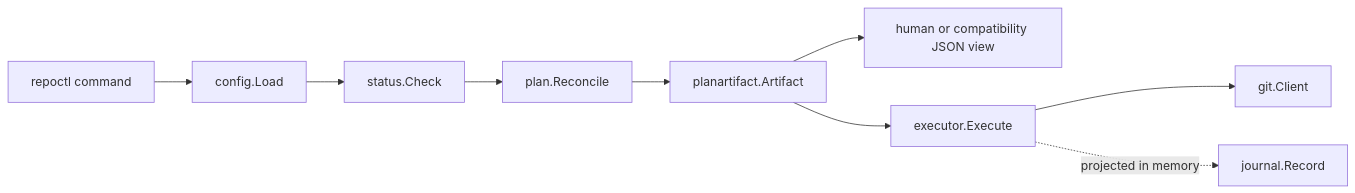
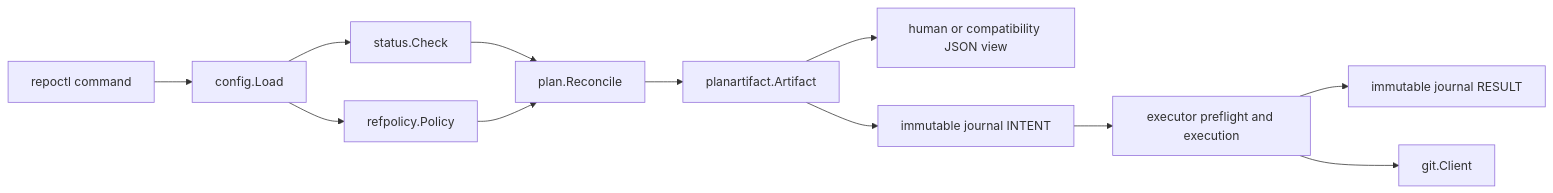
One commit to hackelia-micrantha/repora changed the diagram in docs/architecture/current-system.md. Above: the diagram before and after it, drawn with Mermaid. The commit also changed other lines of this file, not shown here.

Commit message:
Synchronize current architecture

````diff
--- a/docs/architecture/current-system.md
+++ b/docs/architecture/current-system.md
@@ -27,11 +29,14 @@
 ```mermaid
 flowchart LR
     CLI[repoctl command] --> Config[config.Load]
+    Config --> Policy[refpolicy.Policy]
     Config --> Status[status.Check]
     Status --> Planner[plan.Reconcile]
+    Policy --> Planner
     Planner --> Artifact[planartifact.Artifact]
     Artifact --> Preview[human or compatibility JSON view]
-    Artifact --> Executor[executor.Execute]
+    Artifact --> Intent[immutable journal INTENT]
+    Intent --> Executor[executor preflight and execution]
+    Executor --> Result[immutable journal RESULT]
     Executor --> Git[git.Client]
-    Executor -. projected in memory .-> Journal[journal.Record]
 ```
````
